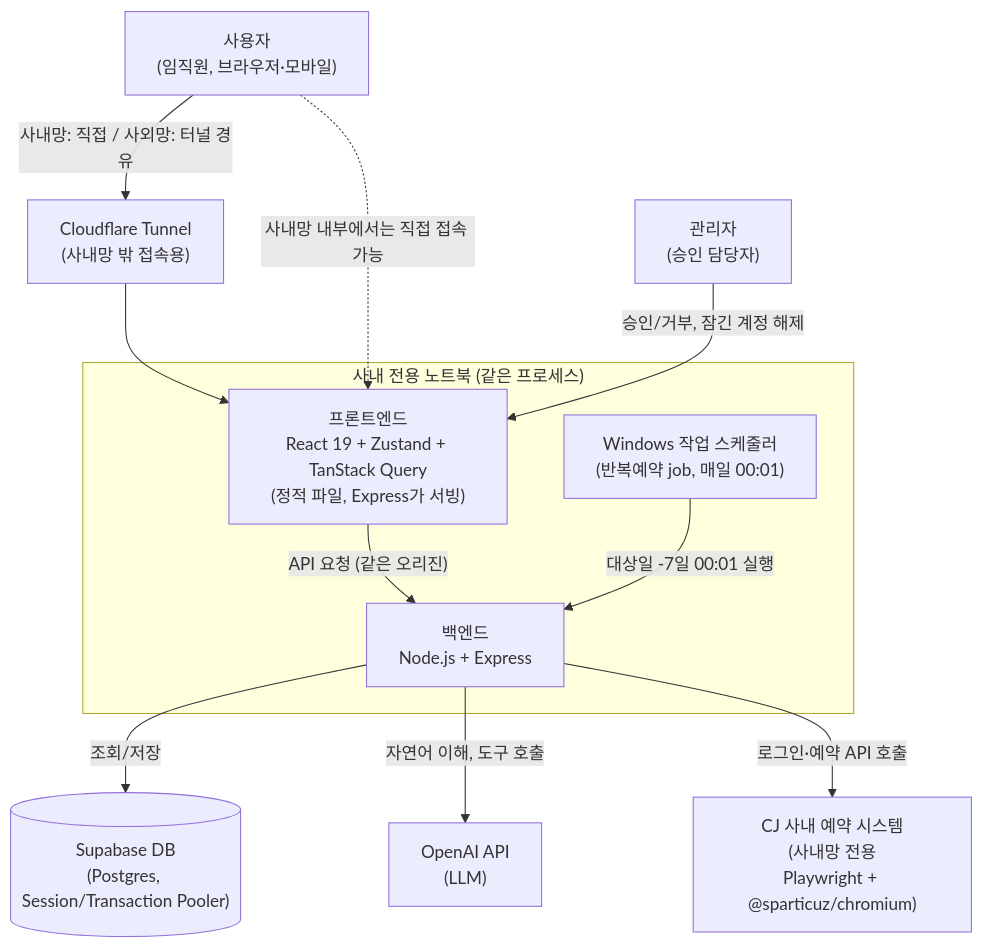
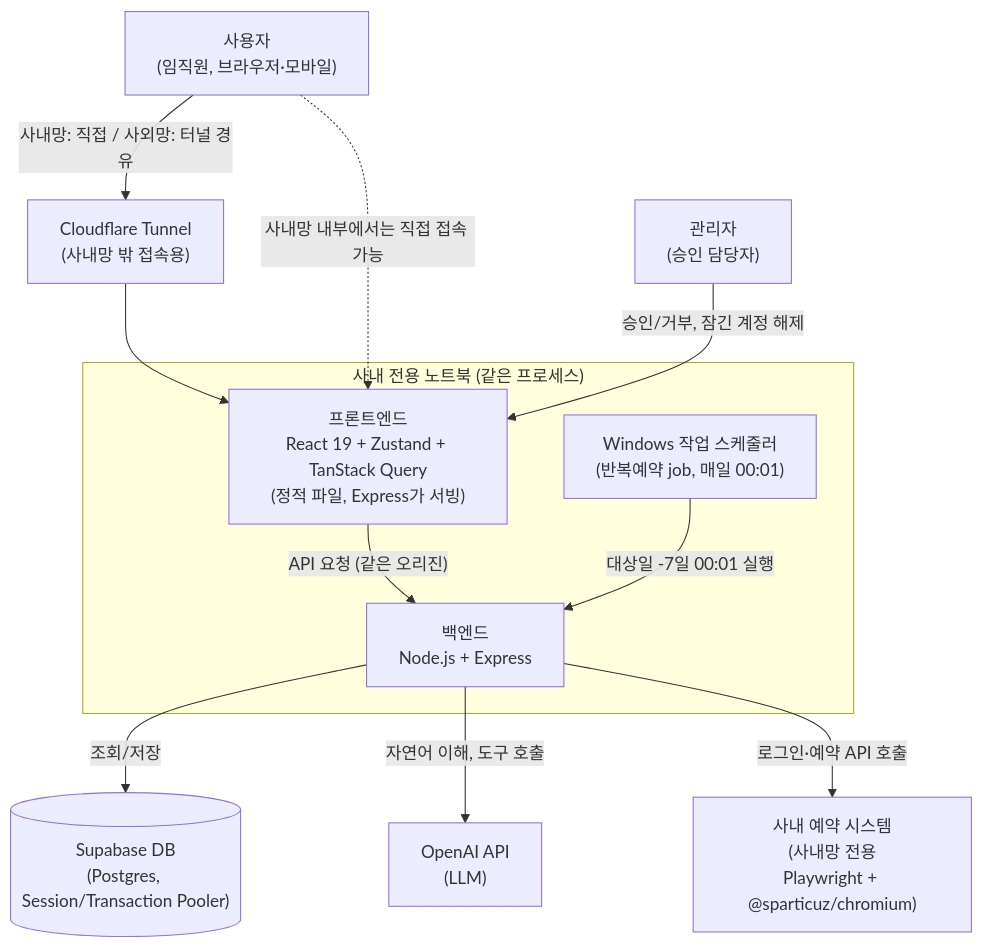
One commit to jiil89/cjfw-vbcd changed the first of 3 diagrams in docs/6-arch-diagram.md. Above: the diagram before and after it, drawn with Mermaid. The commit also changed other lines of this file and 20 other files, not shown here.

````diff
--- a/docs/6-arch-diagram.md
+++ b/docs/6-arch-diagram.md
@@ -5,26 +5,26 @@
 ```mermaid
 flowchart TD
     User["사용자<br/>(임직원, 브라우저·모바일)"]
     Admin["관리자<br/>(승인 담당자)"]
     Tunnel["Cloudflare Tunnel<br/>(사내망 밖 접속용)"]
 
     subgraph Laptop["사내 전용 노트북 (같은 프로세스)"]
         Frontend["프론트엔드<br/>React 19 + Zustand + TanStack Query<br/>(정적 파일, Express가 서빙)"]
         Backend["백엔드<br/>Node.js + Express"]
         Scheduler["Windows 작업 스케줄러<br/>(반복예약 job, 매일 00:01)"]
     end
 
     DB[("Supabase DB<br/>(Postgres, Session/Transaction Pooler)")]
     LLM["OpenAI API<br/>(LLM)"]
-    CJ["CJ 사내 예약 시스템<br/>(사내망 전용<br/>Playwright + @sparticuz/chromium)"]
+    CJ["사내 예약 시스템<br/>(사내망 전용<br/>Playwright + @sparticuz/chromium)"]
 
     User -->|"사내망: 직접 / 사외망: 터널 경유"| Tunnel
     Tunnel --> Frontend
     User -.->|"사내망 내부에서는 직접 접속 가능"| Frontend
     Admin -->|"승인/거부, 잠긴 계정 해제"| Frontend
     Frontend -->|"API 요청 (같은 오리진)"| Backend
     Backend -->|"조회/저장"| DB
     Backend -->|"자연어 이해, 도구 호출"| LLM
     Backend -->|"로그인·예약 API 호출"| CJ
     Scheduler -->|"대상일 -7일 00:01 실행"| Backend
 ```
````
